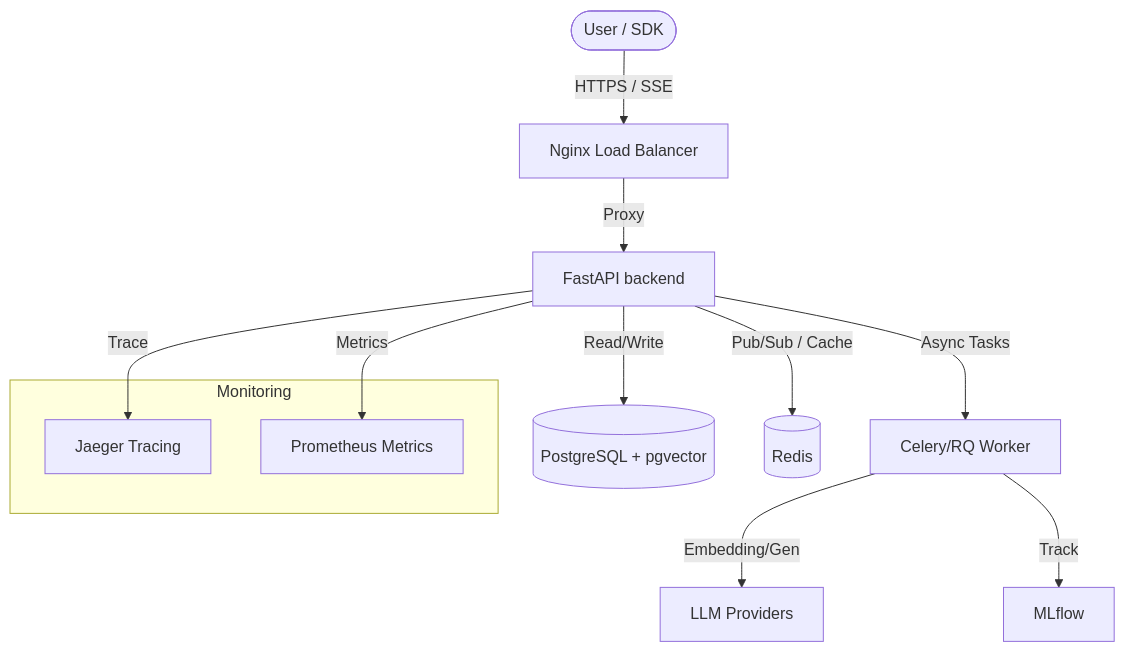
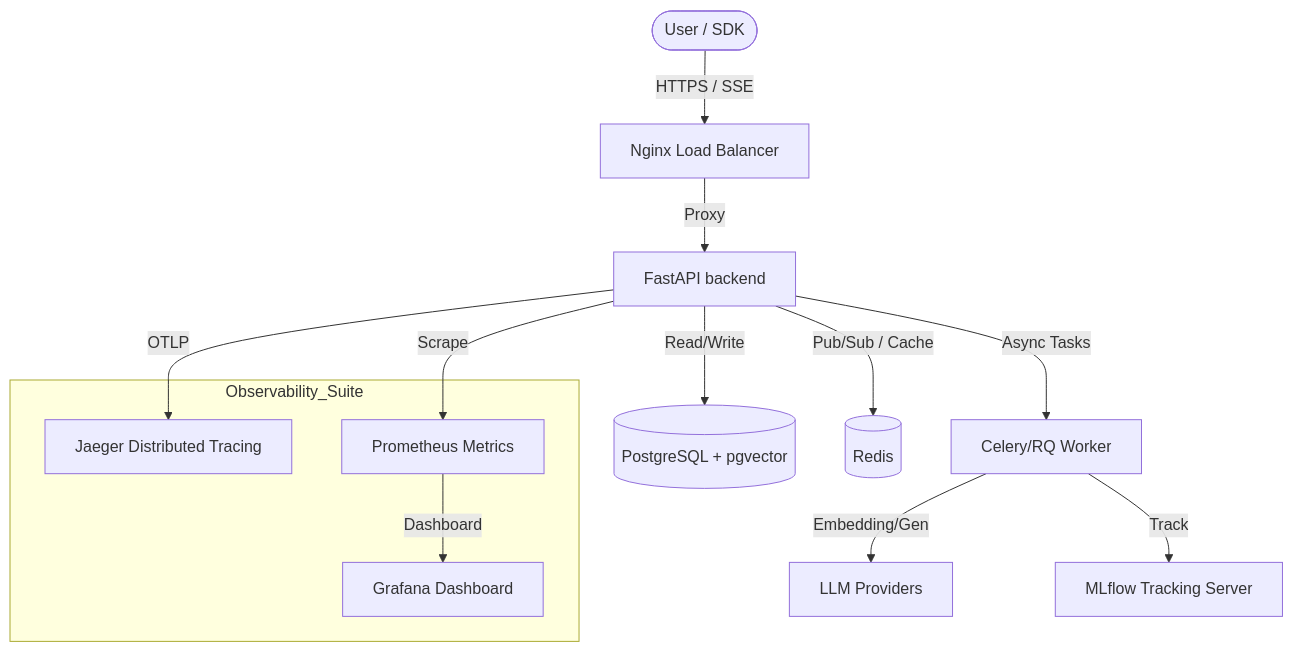
Before and after one commit to Saurav1281/NeuroFlow-HiDevs: the diagram in README.md, drawn with Mermaid. The commit also changed other lines of this file and 1 other file, not shown here.

Commit message:
Final premium documentation update. Added hero dashboard mockup, improved visual hierarchy, and polished tech stack/architecture guides. v1.0.0 complete.

````diff
--- a/README.md
+++ b/README.md
@@ -10,18 +32,20 @@
 ```mermaid
 graph TD
     User([User / SDK]) -- HTTPS / SSE --> Nginx[Nginx Load Balancer]
     Nginx -- Proxy --> API[FastAPI backend]
     API -- Read/Write --> DB[(PostgreSQL + pgvector)]
     API -- Pub/Sub / Cache --> Redis[(Redis)]
     API -- Async Tasks --> Worker[Celery/RQ Worker]
     Worker -- Embedding/Gen --> LLM[LLM Providers]
-    Worker -- Track --> MLflow[MLflow]
+    Worker -- Track --> MLflow[MLflow Tracking Server]
     
-    subgraph Monitoring
-        Jaeger[Jaeger Tracing]
+    subgraph Observability_Suite
+        Jaeger[Jaeger Distributed Tracing]
         Prometheus[Prometheus Metrics]
+        Grafana[Grafana Dashboard]
     end
     
-    API -- Trace --> Jaeger
-    API -- Metrics --> Prometheus
+    API -- OTLP --> Jaeger
+    API -- Scrape --> Prometheus
+    Prometheus -- Dashboard --> Grafana
 ```
````
